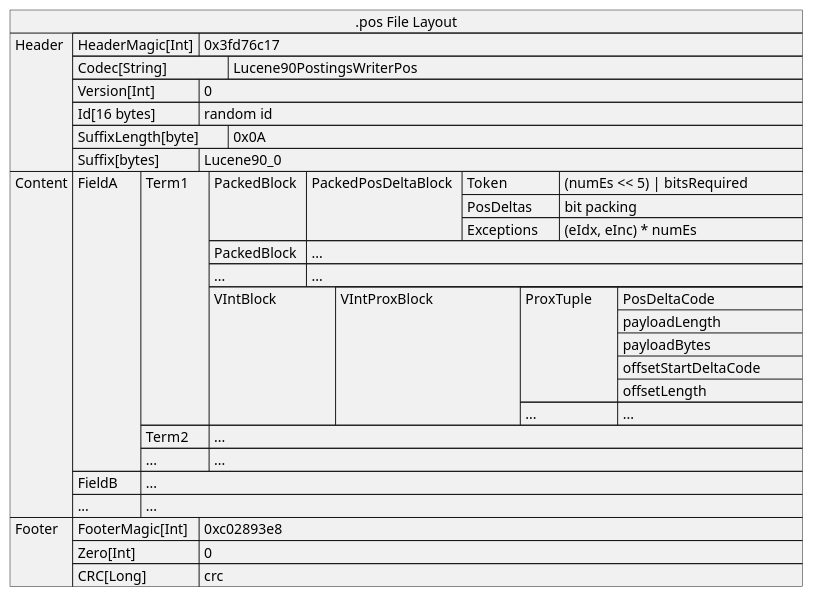
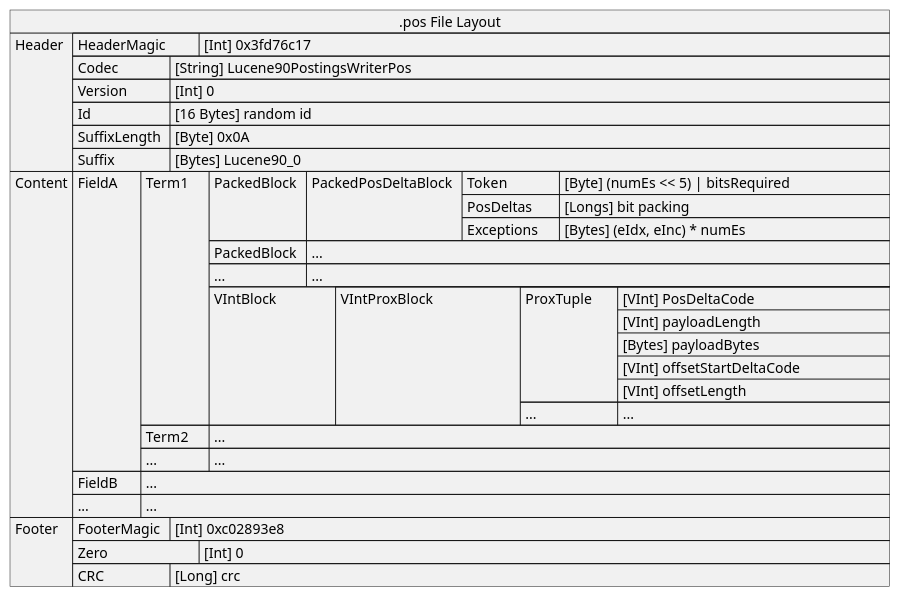
Before and after one commit to big-peter/lucene: the diagram in uml/02.pos.puml, drawn with PlantUML. The commit also changed 5 other files, not shown here.

```diff
--- a/uml/02.pos.puml
+++ b/uml/02.pos.puml
@@ -4,48 +4,48 @@
 @startuml
 json ".pos File Layout" as J {
    "Header":[
-      {"HeaderMagic[Int]\t": "0x3fd76c17"},
-      {"Codec[String]\t\t": "Lucene90PostingsWriterPos"},
-      {"Version[Int]\t\t": "0"},
-      {"Id[16 bytes]\t\t": "random id"},
-      {"SuffixLength[byte]\t": "0x0A"},
-      {"Suffix[bytes]\t\t": "Lucene90_0"}
+      {"HeaderMagic\t": "[Int] 0x3fd76c17"},
+      {"Codec\t\t": "[String] Lucene90PostingsWriterPos"},
+      {"Version\t\t": "[Int] 0"},
+      {"Id\t\t\t": "[16 Bytes] random id"},
+      {"SuffixLength\t": "[Byte] 0x0A"},
+      {"Suffix\t\t": "[Bytes] Lucene90_0"}
    ],
    "Content":[
     {"FieldA\t": [
       {"Term1\t": [
          {"PackedBlock\t":[
             {"PackedPosDeltaBlock\t":[
-               {"Token\t\t": "(numEs << 5) | bitsRequired"},
-               {"PosDeltas\t": "bit packing"},
-               {"Exceptions\t": "(eIdx, eInc) * numEs"}
+               {"Token\t\t": "[Byte] (numEs << 5) | bitsRequired\t"},
+               {"PosDeltas\t": "[Longs] bit packing"},
+               {"Exceptions\t": "[Bytes] (eIdx, eInc) * numEs"}
             ]}
          ]},
          {"PackedBlock\t":["..."]},
          {"...\t\t\t":["..."]},
          {"VIntBlock\t\t":[
             {"VIntProxBlock\t\t\t": [
                {"ProxTuple\t":[
-                  "PosDeltaCode",
-                  "payloadLength",
-                  "payloadBytes",
-                  "offsetStartDeltaCode\t\t",
-                  "offsetLength"
+                  "[VInt] PosDeltaCode",
+                  "[VInt] payloadLength",
+                  "[Bytes] payloadBytes",
+                  "[VInt] offsetStartDeltaCode\t\t\t",
+                  "[VInt] offsetLength"
                ]},
                {"...\t\t\t":["..."]}
             ]}
          ]}
       ]},
       {"Term2\t": ["..."]},
       {"...\t\t": ["..."]}
     ]},
     {"FieldB\t":["..."]},
     {"...\t\t":["..."]}
    ],
    "Footer":[
-      {"FooterMagic[Int]\t": "0xc02893e8"},
-      {"Zero[Int]\t\t\t": "0"},
-      {"CRC[Long]\t\t": "crc"}
+      {"FooterMagic\t": "[Int] 0xc02893e8"},
+      {"Zero\t\t\t": "[Int] 0"},
+      {"CRC\t\t\t": "[Long] crc"}
    ]
 }
 @enduml
```
